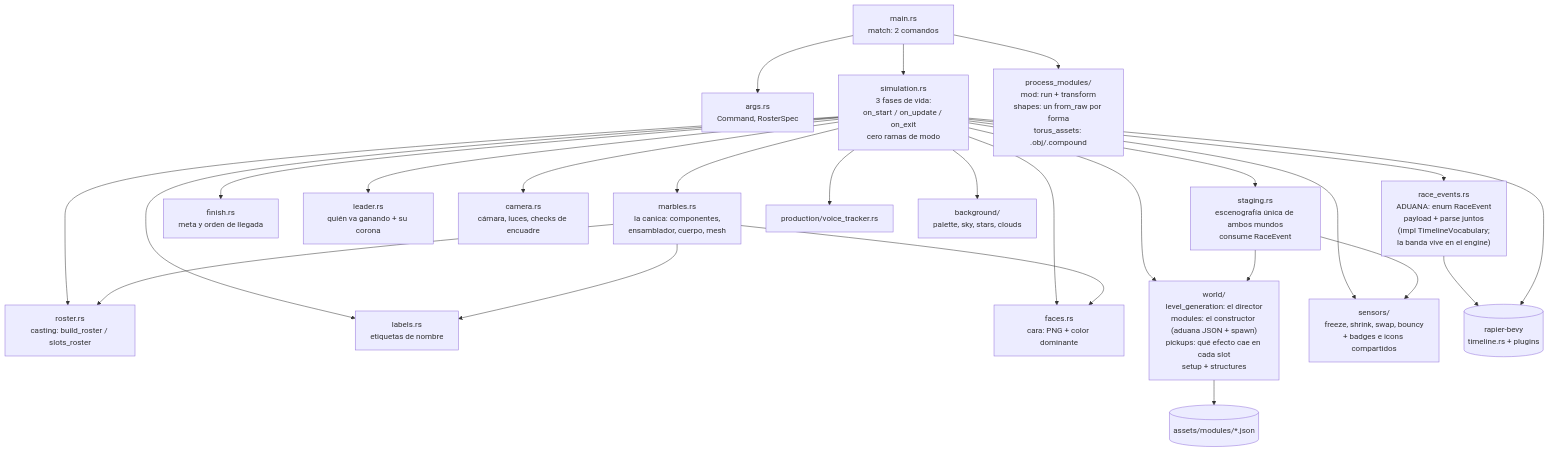
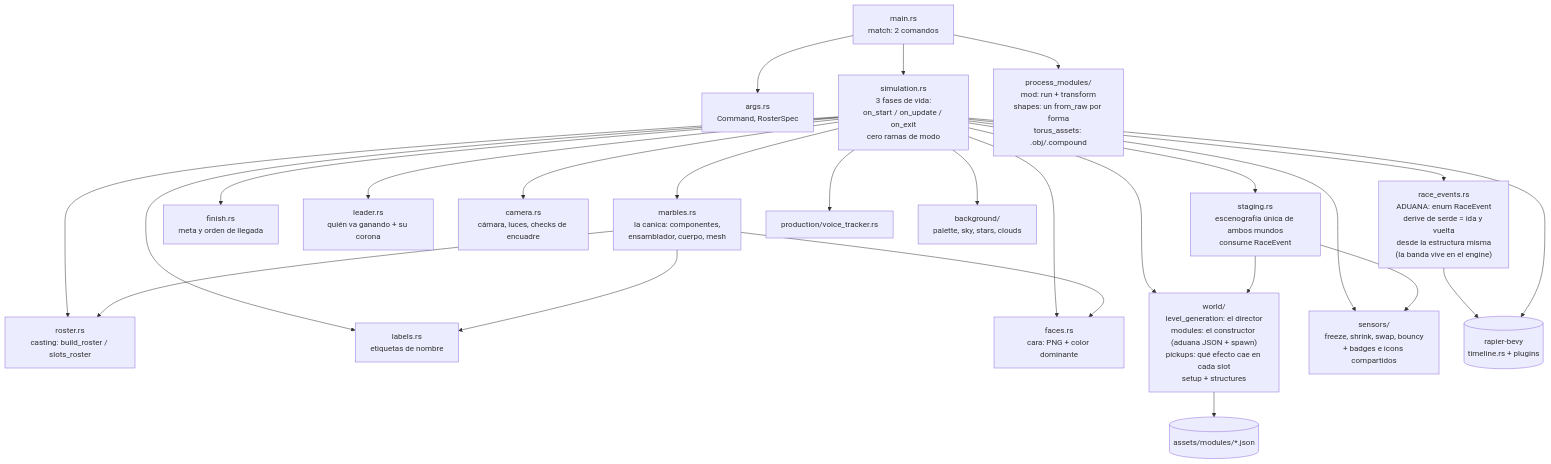
Before and after one commit to jesusgomeznuz/canicasbrawl-rapier: the fifth of 5 diagrams in docs/flow.md, drawn with Mermaid. The commit also changed other lines of this file and 3 other files, not shown here.

First line of the commit message:
refactor: la aduana ES el enum — 120 líneas menos, cero formato a mano

````diff
--- a/docs/flow.md
+++ b/docs/flow.md
@@ -88,30 +88,30 @@
 ```mermaid
 flowchart TD
     main["main.rs<br/>match: 2 comandos"] --> args["args.rs<br/>Command, RosterSpec"]
     main --> sim["simulation.rs<br/>3 fases de vida:<br/>on_start / on_update / on_exit<br/>cero ramas de modo"]
     main --> pm["process_modules/<br/>mod: run + transform<br/>shapes: un from_raw por forma<br/>torus_assets: .obj/.compound"]
 
-    sim --> race["race_events.rs<br/>ADUANA: enum RaceEvent<br/>payload + parse juntos<br/>(impl TimelineVocabulary;<br/>la banda vive en el engine)"]
+    sim --> race["race_events.rs<br/>ADUANA: enum RaceEvent<br/>derive de serde = ida y vuelta<br/>desde la estructura misma<br/>(la banda vive en el engine)"]
     sim --> staging["staging.rs<br/>escenografía única de ambos mundos<br/>consume RaceEvent"]
     sim --> roster["roster.rs<br/>casting: build_roster / slots_roster"]
     sim --> finish["finish.rs<br/>meta y orden de llegada"]
     sim --> leader["leader.rs<br/>quién va ganando + su corona"]
     sim --> camera["camera.rs<br/>cámara, luces, checks de encuadre"]
     sim --> marbles["marbles.rs<br/>la canica: componentes,<br/>ensamblador, cuerpo, mesh"]
     sim --> labels["labels.rs<br/>etiquetas de nombre"]
     sim --> faces["faces.rs<br/>cara: PNG + color dominante"]
     sim --> tracker["production/voice_tracker.rs"]
 
     sim --> worlddir["world/<br/>level_generation: el director<br/>modules: el constructor (aduana JSON + spawn)<br/>pickups: qué efecto cae en cada slot<br/>setup + structures"]
     sim --> sensorsdir["sensors/<br/>freeze, shrink, swap, bouncy<br/>+ badges e icons compartidos"]
     sim --> bgdir["background/<br/>palette, sky, stars, clouds"]
 
     staging --> worlddir
     staging --> sensorsdir
     worlddir --> ModulesJSON[("assets/modules/*.json")]
     marbles --> labels
     marbles --> faces
     marbles --> roster
     race --> engine[("rapier-bevy<br/>timeline.rs + plugins")]
     sim --> engine
 ```
````
